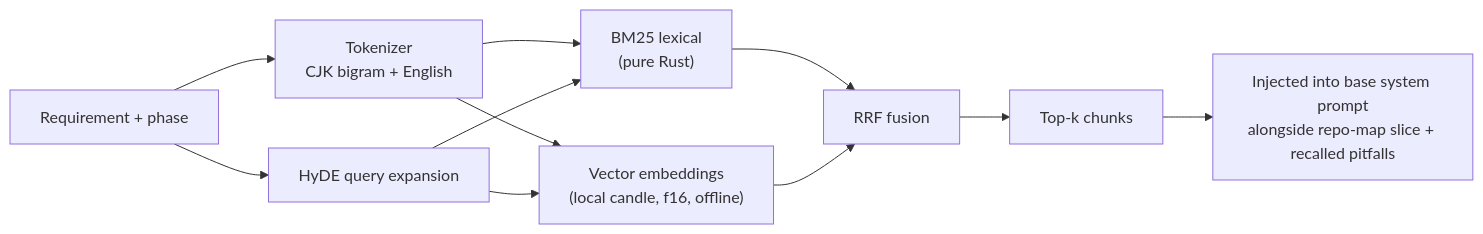
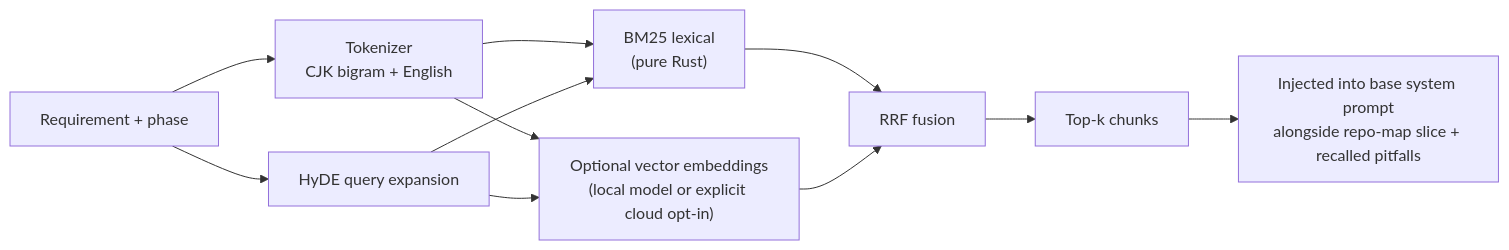
Before and after one commit to grong360/umadev: the sixth of 7 diagrams in README.md, drawn with Mermaid. The commit also changed other lines of this file and 246 other files, not shown here.

````diff
--- a/README.md
+++ b/README.md
@@ -495,13 +505,13 @@
 ```mermaid
 flowchart LR
     A["Requirement + phase"] --> B["Tokenizer<br/>CJK bigram + English"]
     B --> C["BM25 lexical<br/>(pure Rust)"]
-    B --> D["Vector embeddings<br/>(local candle, f16, offline)"]
+    B --> D["Optional vector embeddings<br/>(local model or explicit cloud opt-in)"]
     A --> H["HyDE query expansion"]
     H --> C
     H --> D
     C --> E["RRF fusion"]
     D --> E
     E --> F["Top-k chunks"]
     F --> G["Injected into base system prompt<br/>alongside repo-map slice + recalled pitfalls"]
 ```
````
